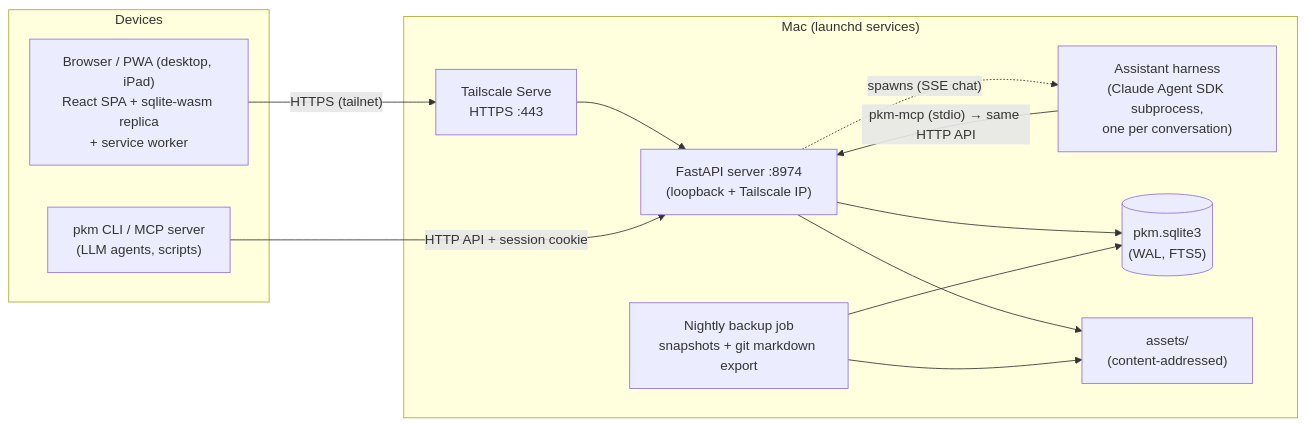
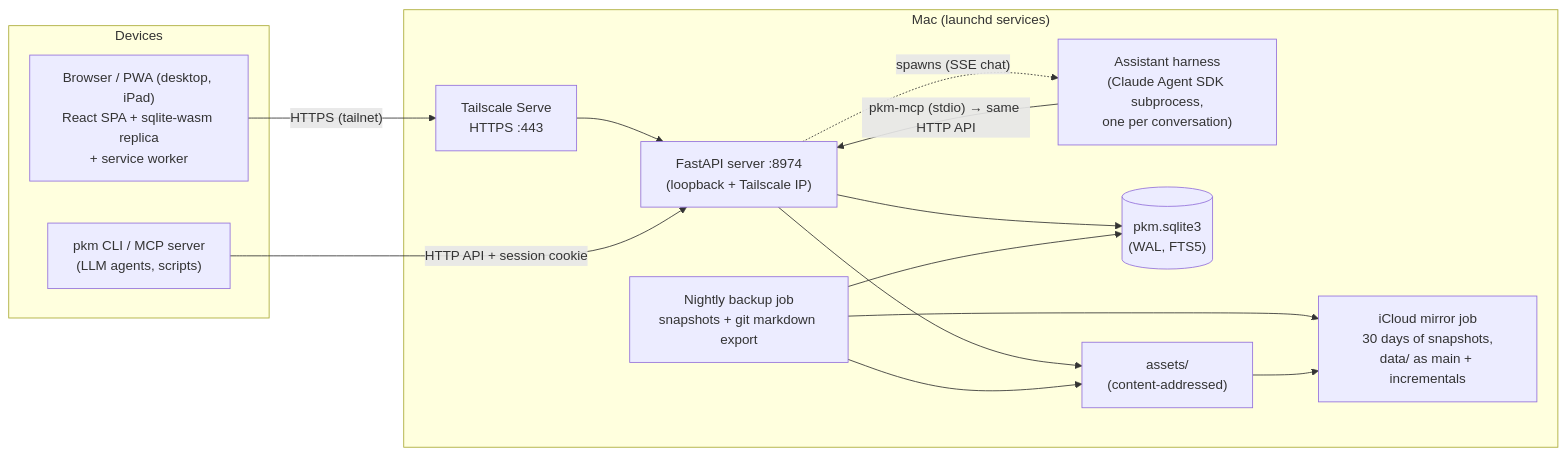
Before and after one commit to ArthurClune/pkm-system: the diagram in docs/architecture/overview.md, drawn with Mermaid. The commit also changed other lines of this file and 4 other files, not shown here.

First line of the commit message:
ops: nightly iCloud mirror of the sqlite snapshots and data dir

````diff
--- a/docs/architecture/overview.md
+++ b/docs/architecture/overview.md
@@ -26,25 +26,28 @@
 ```mermaid
 flowchart LR
     subgraph Devices
         A["Browser / PWA (desktop, iPad)<br/>React SPA + sqlite-wasm replica<br/>+ service worker"]
         CLI["pkm CLI / MCP server<br/>(LLM agents, scripts)"]
     end
 
     subgraph Mac["Mac (launchd services)"]
         TS["Tailscale Serve<br/>HTTPS :443"]
         S["FastAPI server :8974<br/>(loopback + Tailscale IP)"]
         AI["Assistant harness<br/>(Claude Agent SDK subprocess,<br/>one per conversation)"]
         DB[("pkm.sqlite3<br/>(WAL, FTS5)")]
         AS["assets/<br/>(content-addressed)"]
         BK["Nightly backup job<br/>snapshots + git markdown export"]
+        IC["iCloud mirror job<br/>30 days of snapshots,<br/>data/ as main + incrementals"]
     end
 
     A -- "HTTPS (tailnet)" --> TS --> S
     CLI -- "HTTP API + session cookie" --> S
     S -. "spawns (SSE chat)" .-> AI
     AI -- "pkm-mcp (stdio) → same HTTP API" --> S
     S --> DB
     S --> AS
     BK --> DB
+    BK --> IC
+    AS --> IC
     BK --> AS
 ```
````
